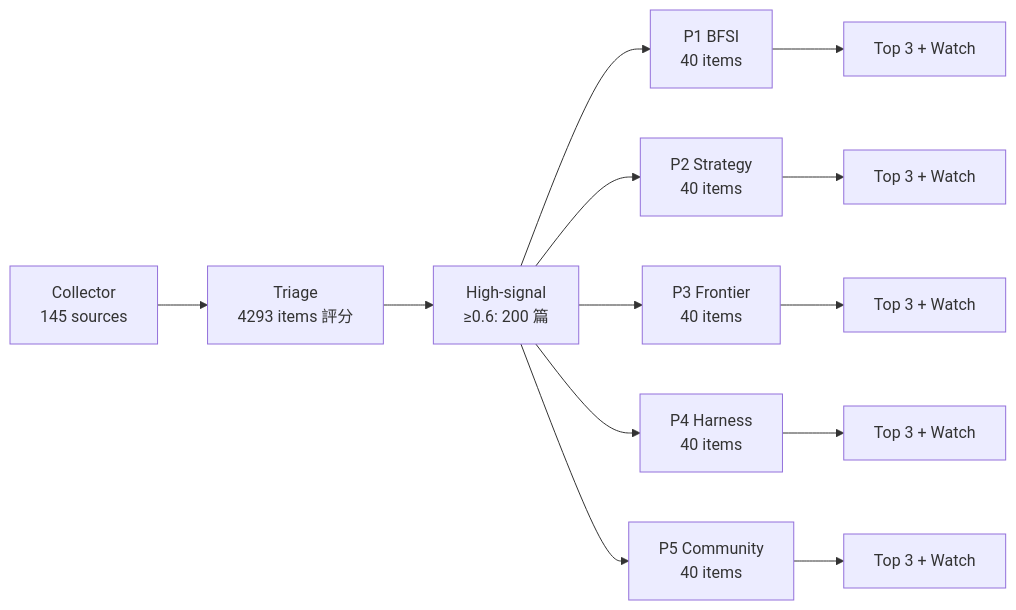
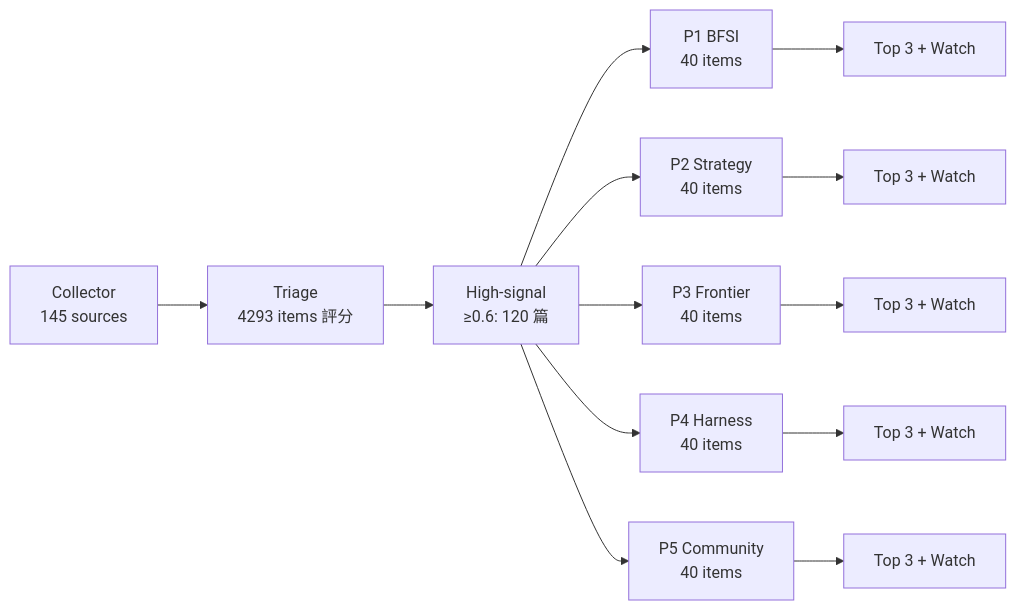
Before and after one commit to livia-hsieh/ai-intel-harness: the second of 23 diagrams in digests/2026-W19.md, drawn with Mermaid. The commit also changed other lines of this file and 1 other file, not shown here.

````diff
--- a/digests/2026-W19.md
+++ b/digests/2026-W19.md
@@ -28,15 +28,15 @@
 ```mermaid
 flowchart LR
     A[Collector<br/>145 sources] --> B[Triage<br/>4293 items 評分]
-    B --> C[High-signal<br/>≥0.6: 200 篇]
+    B --> C[High-signal<br/>≥0.6: 120 篇]
     C --> D1[P1 BFSI<br/>40 items]
     C --> D2[P2 Strategy<br/>40 items]
     C --> D3[P3 Frontier<br/>40 items]
     C --> D4[P4 Harness<br/>40 items]
     C --> D5[P5 Community<br/>40 items]
     D1 --> E1[Top 3 + Watch]
     D2 --> E2[Top 3 + Watch]
     D3 --> E3[Top 3 + Watch]
     D4 --> E4[Top 3 + Watch]
     D5 --> E5[Top 3 + Watch]
 ```
````
